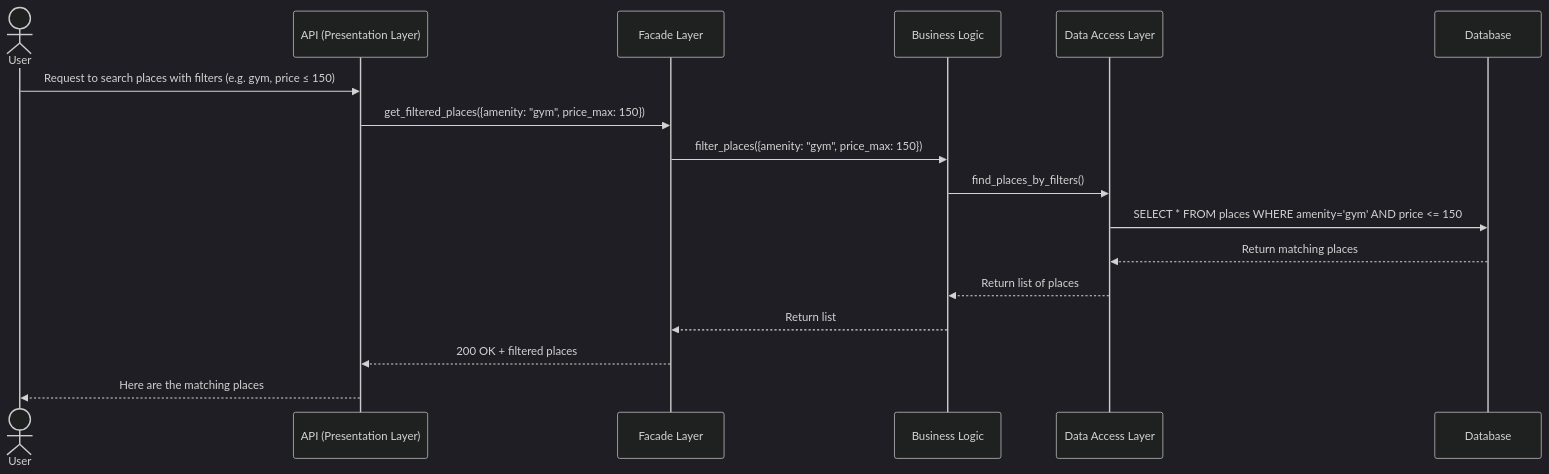
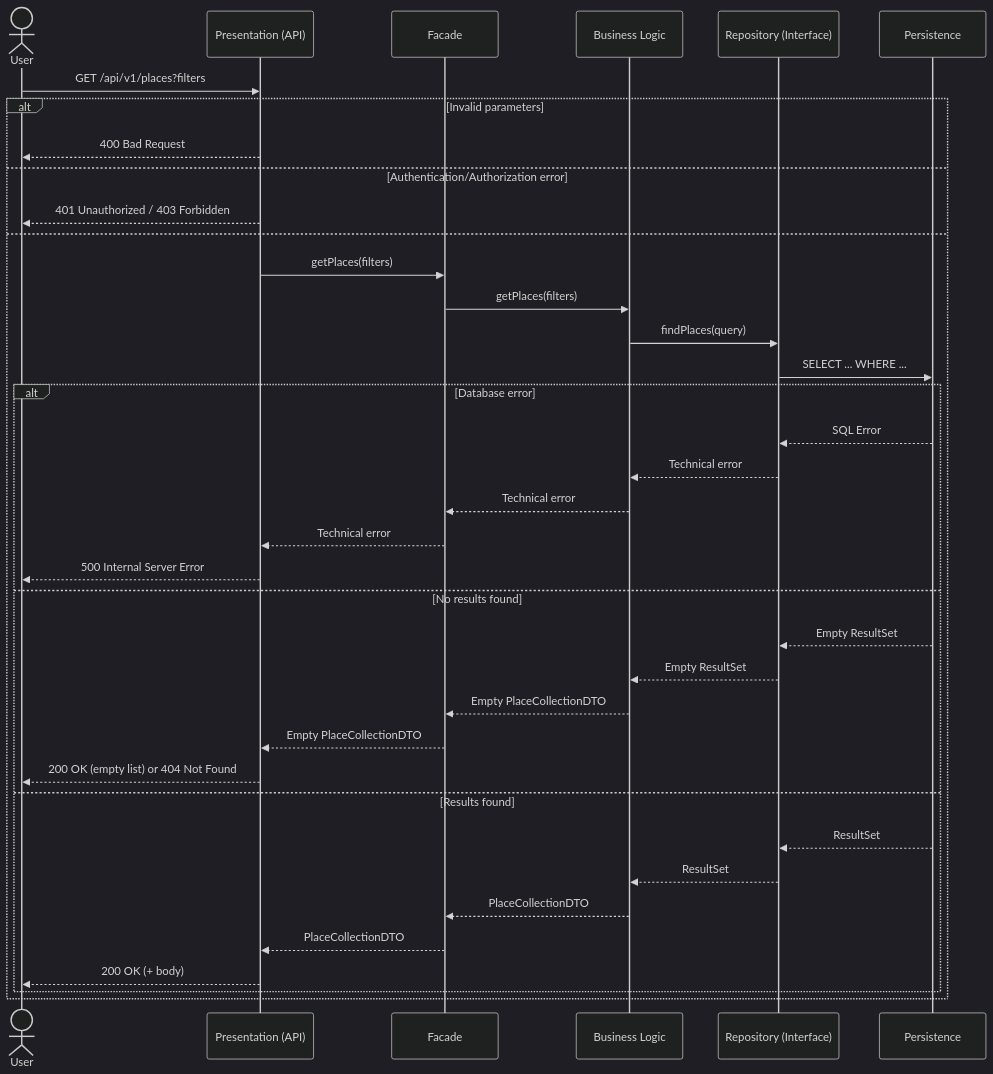
One commit to Ravou/holbertonschool-hbnb changed the diagram in Part1/sequence_fetch_place.md. Above: the diagram before and after it, drawn with Mermaid (dark theme). The commit also changed 1 other file, not shown here.

Commit message:
add error case in sequence diagram

````diff
--- a/Part1/sequence_fetch_place.md
+++ b/Part1/sequence_fetch_place.md
@@ -1,25 +1,41 @@
 ```mermaid
 sequenceDiagram
-    %% Layers:
-    %% Presentation: User, API
-    %% Business Logic: Facade, BusinessLogic, Repository
-    %% Persistence: Database
+    actor User as User
+    participant API as Presentation (API)
+    participant Facade as Facade
+    participant BusinessLogic as Business Logic
+    participant Repository as Repository (Interface)
+    participant Database as Persistence
 
-    actor User
-    participant API as API (Presentation Layer)
-    participant Facade as Facade Layer
-    participant BusinessLogic as Business Logic
-    participant Repository as Data Access Layer
-    participant Persistence as Database
+    User->>API: GET /api/v1/places?filters
 
-    User ->> API: Request to search places with filters (e.g. gym, price ≤ 150)
-    API ->> Facade: get_filtered_places({amenity: "gym", price_max: 150})
-    Facade ->> BusinessLogic: filter_places({amenity: "gym", price_max: 150})
-    BusinessLogic ->> Repository: find_places_by_filters()
-    Repository ->> Persistence: SELECT * FROM places WHERE amenity='gym' AND price <= 150
-    Persistence -->> Repository: Return matching places
-    Repository -->> BusinessLogic: Return list of places
-    BusinessLogic -->> Facade: Return list
-    Facade -->> API: 200 OK + filtered places
-    API -->> User: Here are the matching places
+    alt Invalid parameters
+        API-->>User: 400 Bad Request
+    else Authentication/Authorization error
+        API-->>User: 401 Unauthorized / 403 Forbidden
+    else
+        API->>Facade: getPlaces(filters)
+        Facade->>BusinessLogic: getPlaces(filters)
+        BusinessLogic->>Repository: findPlaces(query)
+        Repository->>Database: SELECT ... WHERE ...
+        alt Database error
+            Database-->>Repository: SQL Error
+            Repository-->>BusinessLogic: Technical error
+            BusinessLogic-->>Facade: Technical error
+            Facade-->>API: Technical error
+            API-->>User: 500 Internal Server Error
+        else No results found
+            Database-->>Repository: Empty ResultSet
+            Repository-->>BusinessLogic: Empty ResultSet
+            BusinessLogic-->>Facade: Empty PlaceCollectionDTO
+            Facade-->>API: Empty PlaceCollectionDTO
+            API-->>User: 200 OK (empty list) or 404 Not Found
+        else Results found
+            Database-->>Repository: ResultSet
+            Repository-->>BusinessLogic: ResultSet
+            BusinessLogic-->>Facade: PlaceCollectionDTO
+            Facade-->>API: PlaceCollectionDTO
+            API-->>User: 200 OK (+ body)
+        end
+    end
 ```
````
